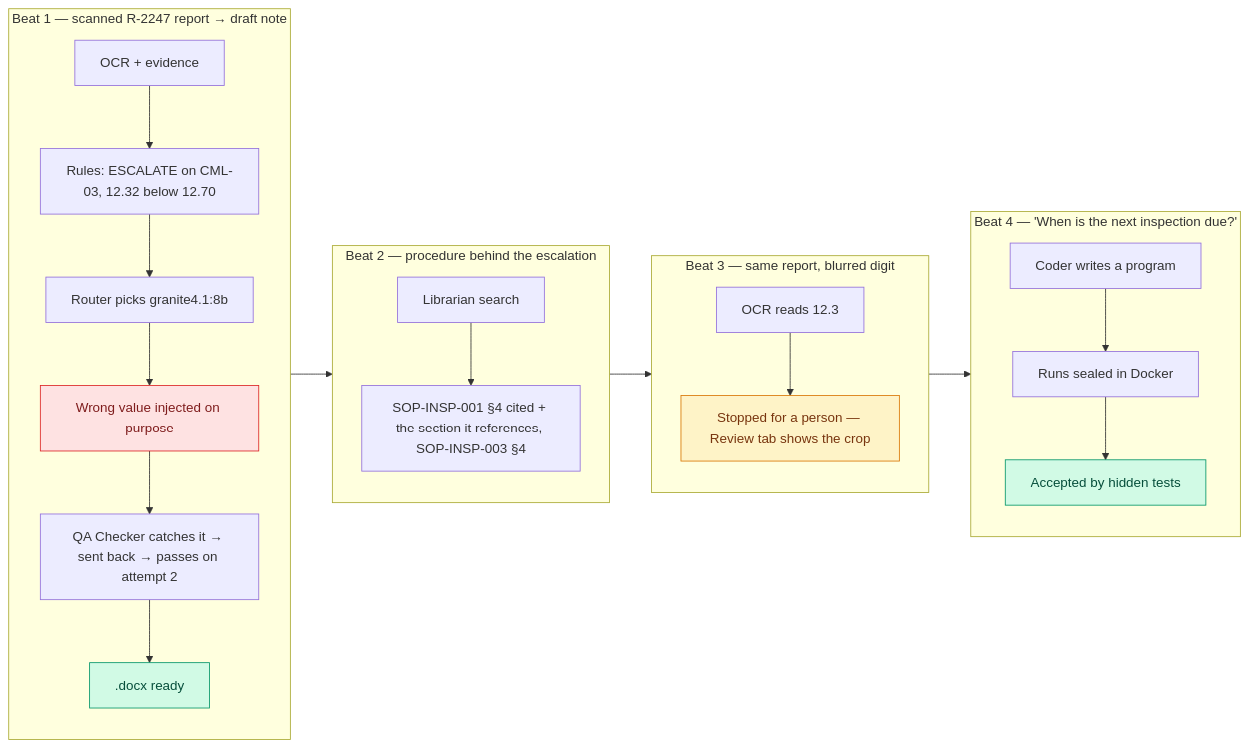
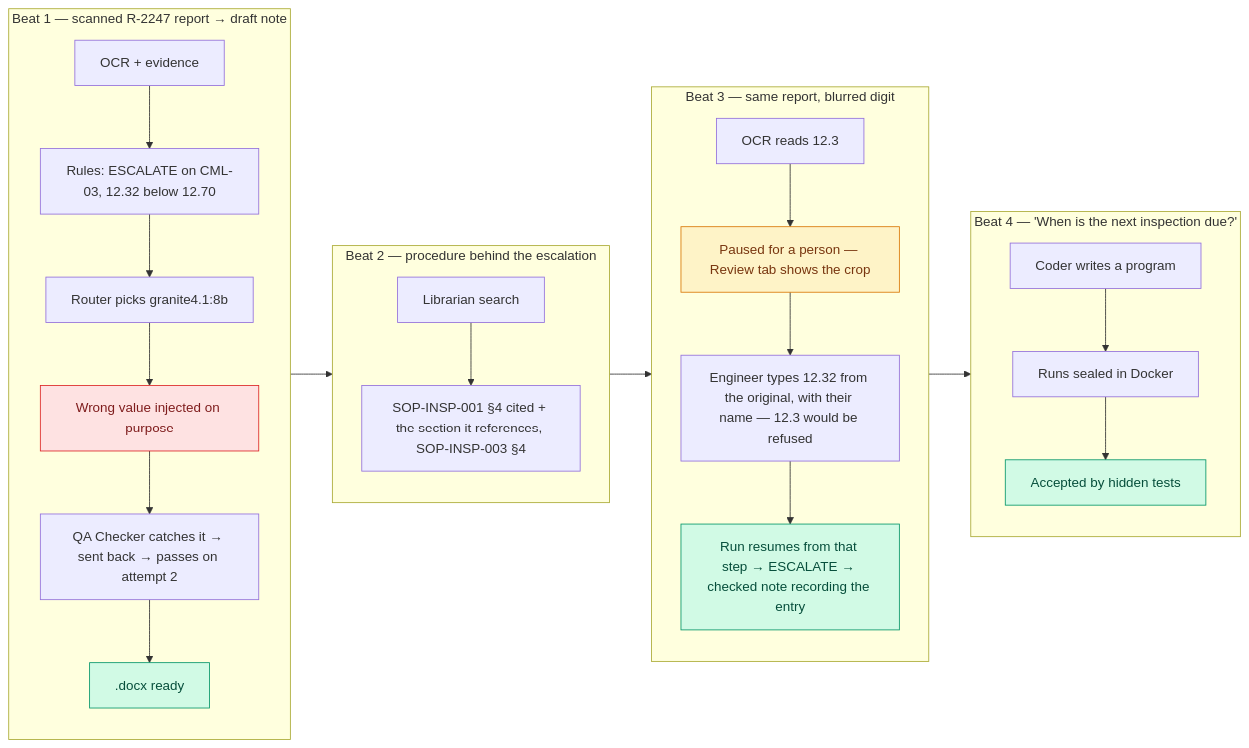
One commit to RiteshRiverwolf/noExitCode changed diagram 13 of 14 in docs/TECHNICAL_APPROACH_BRIEF.md. Above: the diagram before and after it, drawn with Mermaid. The commit also changed other lines of this file and 15 other files, not shown here.

First line of the commit message:
Stop for a person and resume from the Review tab; Coder stops repeating itself

````diff
--- a/docs/TECHNICAL_APPROACH_BRIEF.md
+++ b/docs/TECHNICAL_APPROACH_BRIEF.md
@@ -744,31 +745,34 @@
 ```mermaid
 flowchart LR
   classDef ok fill:#d1fae5,stroke:#059669,color:#064e3b
   classDef stop fill:#fef3c7,stroke:#d97706,color:#78350f
   classDef bad fill:#fee2e2,stroke:#dc2626,color:#7f1d1d
 
   subgraph B1["Beat 1 — scanned R-2247 report → draft note"]
     a1["OCR + evidence"] --> a2["Rules: ESCALATE on CML-03, 12.32 below 12.70"]
     a2 --> a3["Router picks granite4.1:8b"]
     a3 --> a4["Wrong value injected on purpose"]
     a4 --> a5["QA Checker catches it → sent back → passes on attempt 2"]
     a5 --> a6[".docx ready"]
   end
 
   subgraph B2["Beat 2 — procedure behind the escalation"]
     b1["Librarian search"] --> b2["SOP-INSP-001 §4 cited + the section it references, SOP-INSP-003 §4"]
   end
 
   subgraph B3["Beat 3 — same report, blurred digit"]
-    c1["OCR reads 12.3"] --> c2["Stopped for a person — Review tab shows the crop"]
+    c1["OCR reads 12.3"] --> c2["Paused for a person — Review tab shows the crop"]
+    c2 --> c3["Engineer types 12.32 from the original, with their name — 12.3 would be refused"]
+    c3 --> c4["Run resumes from that step → ESCALATE → checked note recording the entry"]
   end
 
   subgraph B4["Beat 4 — 'When is the next inspection due?'"]
     d1["Coder writes a program"] --> d2["Runs sealed in Docker"] --> d3["Accepted by hidden tests"]
   end
 
   B1 --> B2 --> B3 --> B4
   class a4 bad
   class a6,d3 ok
   class c2 stop
+  class c4 ok
 ```
````
